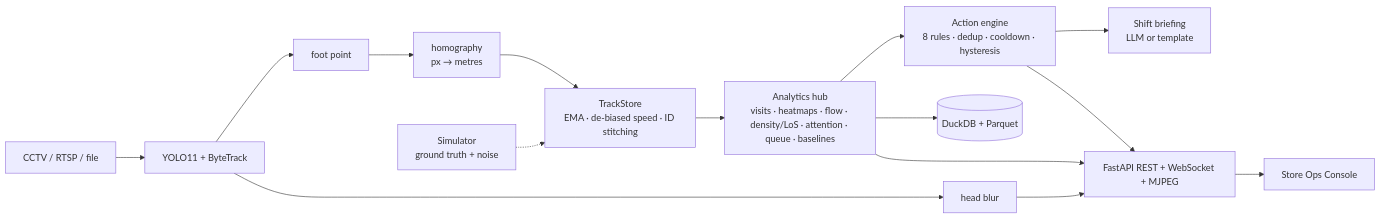
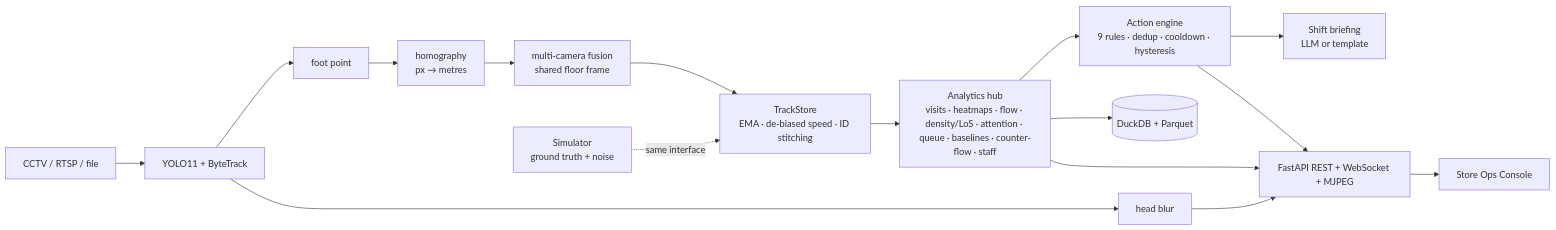
One commit to amartya1056/flowsight changed the diagram in README.md. Above: the diagram before and after it, drawn with Mermaid. The commit also changed other lines of this file and 43 other files, not shown here.

Commit message:
docs: detailed README with 26 feature screenshots; fix store-detail dropping camera calibration; cap calibration preview height; staff KPI in console; counter-flow illustration

````diff
--- a/README.md
+++ b/README.md
@@ -50,12 +538,13 @@
 ```mermaid
 flowchart LR
   CAM[CCTV / RTSP / file] --> DET[YOLO11 + ByteTrack] --> FOOT[foot point] --> H[homography<br/>px → metres]
-  H --> TS[TrackStore<br/>EMA · de-biased speed · ID stitching]
-  SIM[Simulator<br/>ground truth + noise] -.-> TS
-  TS --> HUB[Analytics hub<br/>visits · heatmaps · flow · density/LoS · attention · queue · baselines]
-  HUB --> ACT[Action engine<br/>8 rules · dedup · cooldown · hysteresis]
+  H --> FUSE[multi-camera fusion<br/>shared floor frame]
+  FUSE --> TS[TrackStore<br/>EMA · de-biased speed · ID stitching]
+  SIM[Simulator<br/>ground truth + noise] -.same interface.-> TS
+  TS --> HUB[Analytics hub<br/>visits · heatmaps · flow · density/LoS · attention · queue · baselines · counter-flow · staff]
+  HUB --> ACT[Action engine<br/>9 rules · dedup · cooldown · hysteresis]
   ACT --> BRF[Shift briefing<br/>LLM or template]
   HUB --> DB[(DuckDB + Parquet)]
   HUB & ACT --> API[FastAPI REST + WebSocket + MJPEG] --> UI[Store Ops Console]
   DET --> BLUR[head blur] --> API
 ```
````
